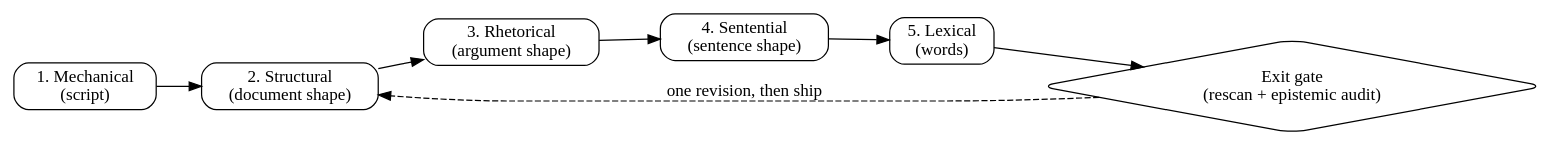
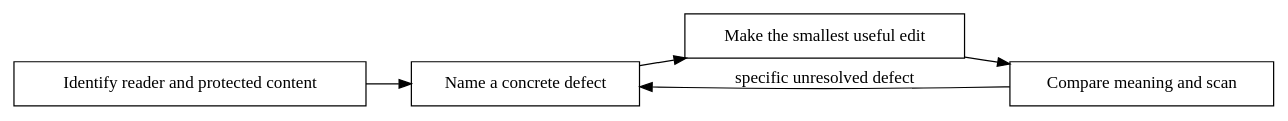
Before and after one commit to hyperb1iss/hyperskills: the diagram in skills/deslop/SKILL.md, drawn with Graphviz. The commit also changed other lines of this file and 56 other files, not shown here.

````diff
--- a/skills/deslop/SKILL.md
+++ b/skills/deslop/SKILL.md
@@ -72,14 +37,12 @@
 ```dot
 digraph deslop {
   rankdir=LR;
-  node [shape=box, style=rounded];
-  m [label="1. Mechanical\n(script)"];
-  s [label="2. Structural\n(document shape)"];
-  r [label="3. Rhetorical\n(argument shape)"];
-  n [label="4. Sentential\n(sentence shape)"];
-  l [label="5. Lexical\n(words)"];
-  g [label="Exit gate\n(rescan + epistemic audit)", shape=diamond];
-  m -> s -> r -> n -> l -> g;
-  g -> s [label="one revision, then ship", style=dashed];
+  node [shape=box];
+  scope [label="Identify reader and protected content"];
+  diagnose [label="Name a concrete defect"];
+  edit [label="Make the smallest useful edit"];
+  verify [label="Compare meaning and scan"];
+  scope -> diagnose -> edit -> verify;
+  verify -> diagnose [label="specific unresolved defect"];
 }
 ```
````
